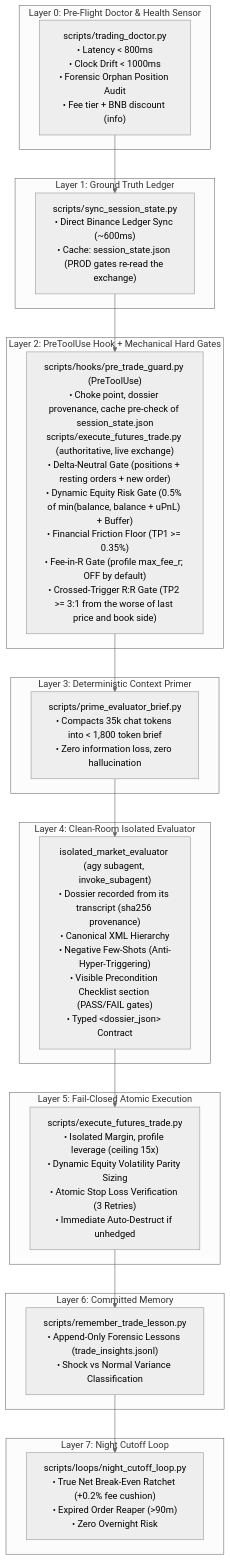
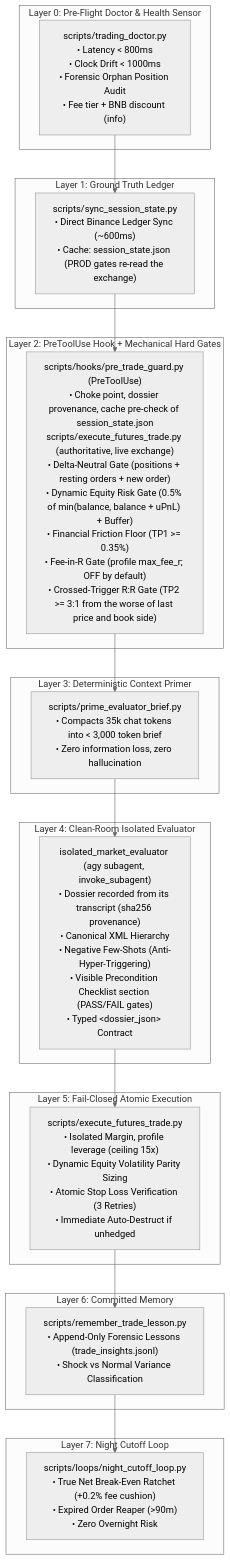
The diagram in README.md (IgnacioN99/autonomous-trading-desk), drawn with Mermaid (neutral theme) before and after one commit. The commit also changed other lines of this file and 9 other files, not shown here.

````diff
--- a/README.md
+++ b/README.md
@@ -27,36 +27,36 @@
 ```mermaid
 graph TD
     subgraph L0 ["Layer 0: Pre-Flight Doctor & Health Sensor"]
         DOC["scripts/trading_doctor.py<br/>• Latency < 800ms<br/>• Clock Drift < 1000ms<br/>• Forensic Orphan Position Audit<br/>• Fee tier + BNB discount (info)"]
     end
 
     subgraph L1 ["Layer 1: Ground Truth Ledger"]
         SYNC["scripts/sync_session_state.py<br/>• Direct Binance Ledger Sync (~600ms)<br/>• Cache: session_state.json (PROD gates re-read the exchange)"]
     end
 
     subgraph L2 ["Layer 2: PreToolUse Hook + Mechanical Hard Gates"]
         GATE["scripts/hooks/pre_trade_guard.py (PreToolUse)<br/>• Choke point, dossier provenance, cache pre-check of session_state.json<br/>scripts/execute_futures_trade.py (authoritative, live exchange)<br/>• Delta-Neutral Gate (positions + resting orders + new order)<br/>• Dynamic Equity Risk Gate (0.5% of min(balance, balance + uPnL) + Buffer)<br/>• Financial Friction Floor (TP1 >= 0.35%)<br/>• Fee-in-R Gate (profile max_fee_r; OFF by default)<br/>• Crossed-Trigger R:R Gate (TP2 >= 3:1 from the worse of last price and book side)"]
     end
 
     subgraph L3 ["Layer 3: Deterministic Context Primer"]
-        BRIEF["scripts/prime_evaluator_brief.py<br/>• Compacts 35k chat tokens into &lt; 1,800 token brief<br/>• Zero information loss, zero hallucination"]
+        BRIEF["scripts/prime_evaluator_brief.py<br/>• Compacts 35k chat tokens into &lt; 3,000 token brief<br/>• Zero information loss, zero hallucination"]
     end
 
     subgraph L4 ["Layer 4: Clean-Room Isolated Evaluator"]
         EVAL["isolated_market_evaluator (agy subagent, invoke_subagent)<br/>• Dossier recorded from its transcript (sha256 provenance)<br/>• Canonical XML Hierarchy<br/>• Negative Few-Shots (Anti-Hyper-Triggering)<br/>• Visible Precondition Checklist section (PASS/FAIL gates)<br/>• Typed &lt;dossier_json&gt; Contract"]
     end
 
     subgraph L5 ["Layer 5: Fail-Closed Atomic Execution"]
         EXEC["scripts/execute_futures_trade.py<br/>• Isolated Margin, profile leverage (ceiling 15x)<br/>• Dynamic Equity Volatility Parity Sizing<br/>• Atomic Stop Loss Verification (3 Retries)<br/>• Immediate Auto-Destruct if unhedged"]
     end
 
     subgraph L6 ["Layer 6: Committed Memory"]
         MEM["scripts/remember_trade_lesson.py<br/>• Append-Only Forensic Lessons (trade_insights.jsonl)<br/>• Shock vs Normal Variance Classification"]
     end
 
     subgraph L7 ["Layer 7: Night Cutoff Loop"]
         LOOP["scripts/loops/night_cutoff_loop.py<br/>• True Net Break-Even Ratchet (+0.2% fee cushion)<br/>• Expired Order Reaper (>90m)<br/>• Zero Overnight Risk"]
     end
 
     DOC --> SYNC --> GATE --> BRIEF --> EVAL --> EXEC --> MEM --> LOOP
 ```
````
